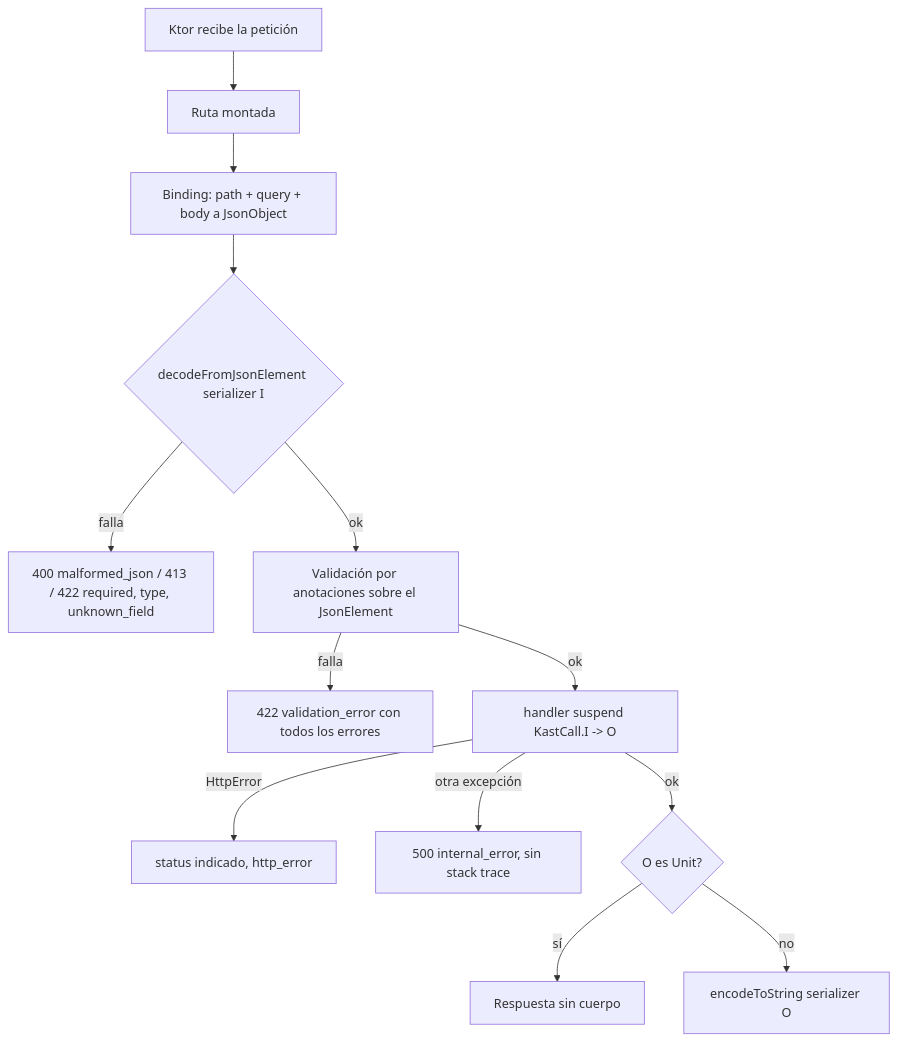
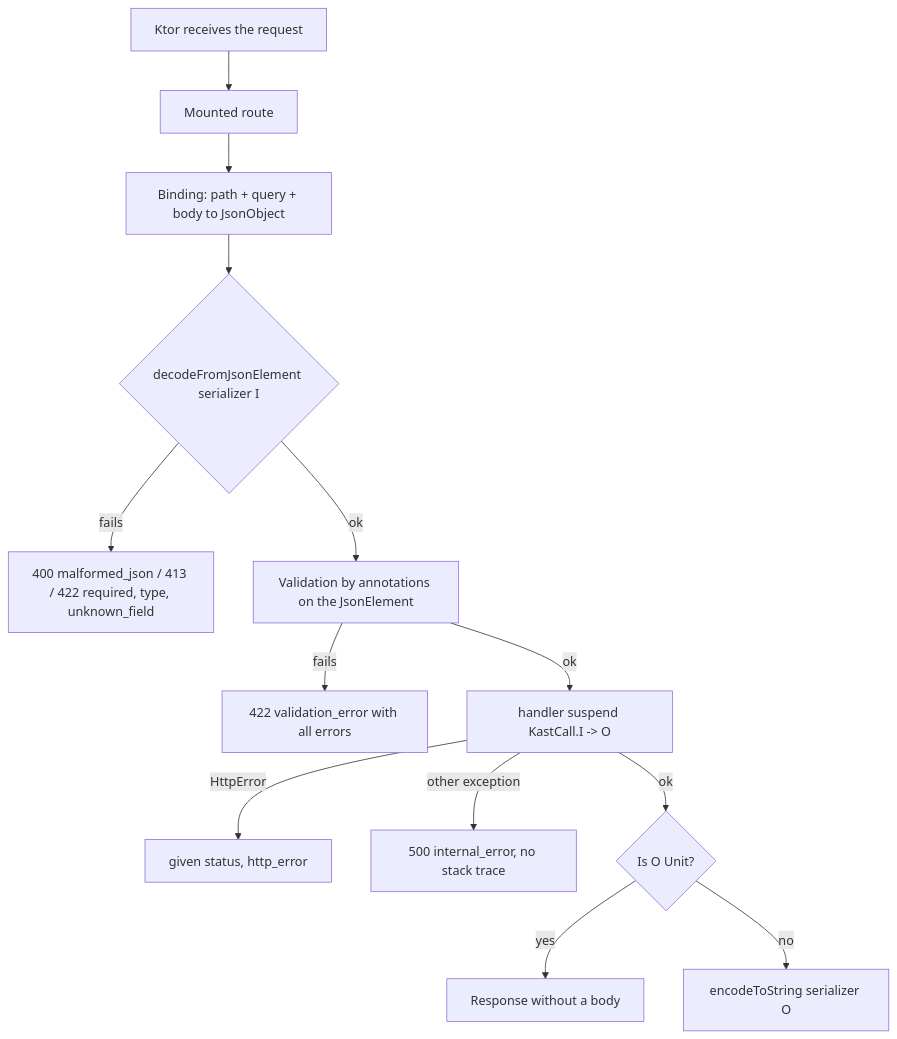
Before and after one commit to josedlujan/kastapi: the third of 4 diagrams in docs/ARCHITECTURE.md, drawn with Mermaid. The commit also changed other lines of this file, not shown here.

Commit message:
docs: translate the architecture guide to English

````diff
--- a/docs/ARCHITECTURE.md
+++ b/docs/ARCHITECTURE.md
@@ -129,15 +129,15 @@
 ```mermaid
 flowchart TD
-    A[Ktor recibe la petición] --> B[Ruta montada]
-    B --> C[Binding: path + query + body a JsonObject]
+    A[Ktor receives the request] --> B[Mounted route]
+    B --> C[Binding: path + query + body to JsonObject]
     C --> D{decodeFromJsonElement serializer I}
-    D -- falla --> E1[400 malformed_json / 413 / 422 required, type, unknown_field]
-    D -- ok --> F[Validación por anotaciones sobre el JsonElement]
-    F -- falla --> E2[422 validation_error con todos los errores]
+    D -- fails --> E1[400 malformed_json / 413 / 422 required, type, unknown_field]
+    D -- ok --> F[Validation by annotations on the JsonElement]
+    F -- fails --> E2[422 validation_error with all errors]
     F -- ok --> G[handler suspend KastCall.I -> O]
-    G -- HttpError --> E3[status indicado, http_error]
-    G -- otra excepción --> E4[500 internal_error, sin stack trace]
-    G -- ok --> H{O es Unit?}
-    H -- sí --> I[Respuesta sin cuerpo]
+    G -- HttpError --> E3[given status, http_error]
+    G -- other exception --> E4[500 internal_error, no stack trace]
+    G -- ok --> H{Is O Unit?}
+    H -- yes --> I[Response without a body]
     H -- no --> J[encodeToString serializer O]
 ```
````
